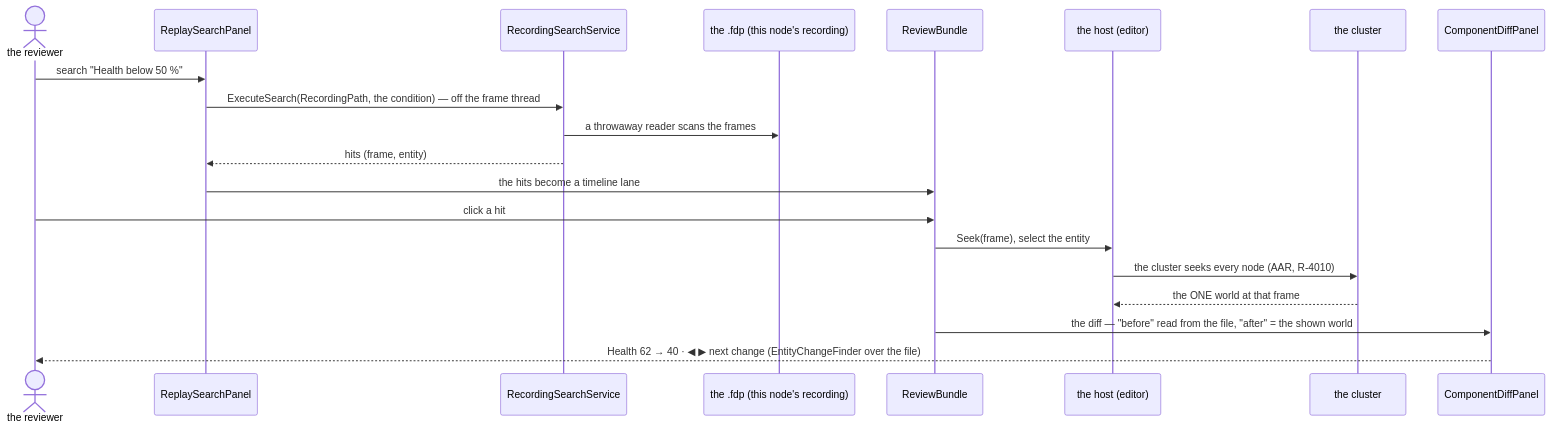
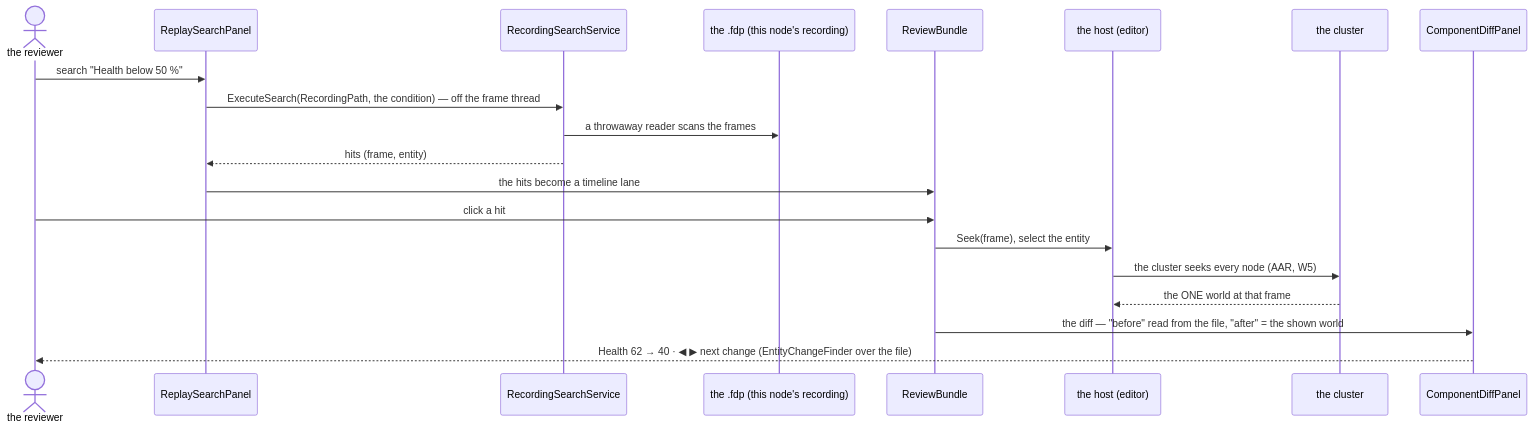
The second of 3 diagrams in docs/UX/DESIGN_Review_Perspective.md (pjanec/HROT), drawn with Mermaid before and after one commit. The commit also changed other lines of this file and 2 other files, not shown here.

````diff
--- a/docs/UX/DESIGN_Review_Perspective.md
+++ b/docs/UX/DESIGN_Review_Perspective.md
@@ -133,22 +157,22 @@
 ```mermaid
 sequenceDiagram
     actor U as the reviewer
     participant S as ReplaySearchPanel
     participant R as RecordingSearchService
     participant F as the .fdp (this node's recording)
     participant B as ReviewBundle
     participant H as the host (editor)
     participant C as the cluster
     participant D as ComponentDiffPanel
     U->>S: search "Health below 50 %"
     S->>R: ExecuteSearch(RecordingPath, the condition) — off the frame thread
     R->>F: a throwaway reader scans the frames
     R-->>S: hits (frame, entity)
     S->>B: the hits become a timeline lane
     U->>B: click a hit
     B->>H: Seek(frame), select the entity
-    H->>C: the cluster seeks every node (AAR, R-4010)
+    H->>C: the cluster seeks every node (AAR, W5)
     C-->>H: the ONE world at that frame
     B->>D: the diff — "before" read from the file, "after" = the shown world
     D-->>U: Health 62 → 40 · ◀ ▶ next change (EntityChangeFinder over the file)
 ```
````
